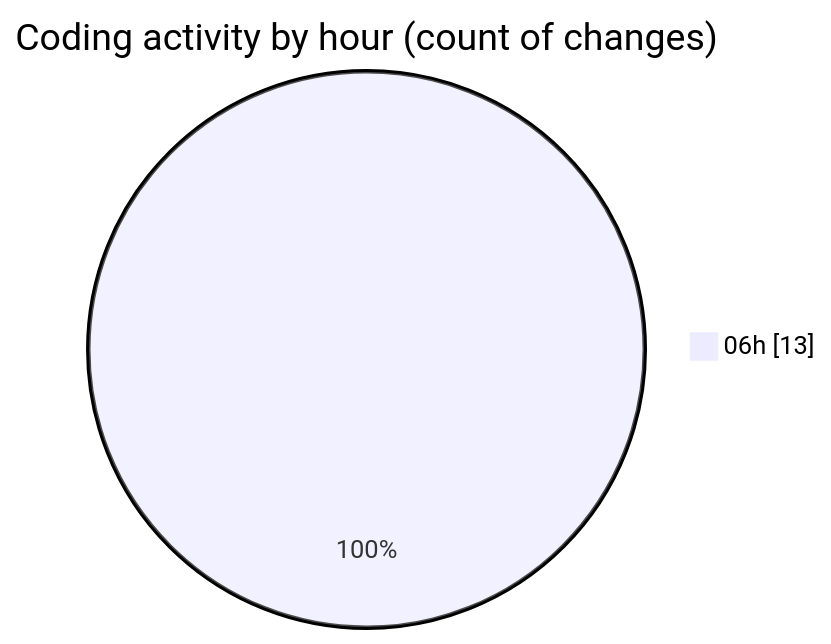
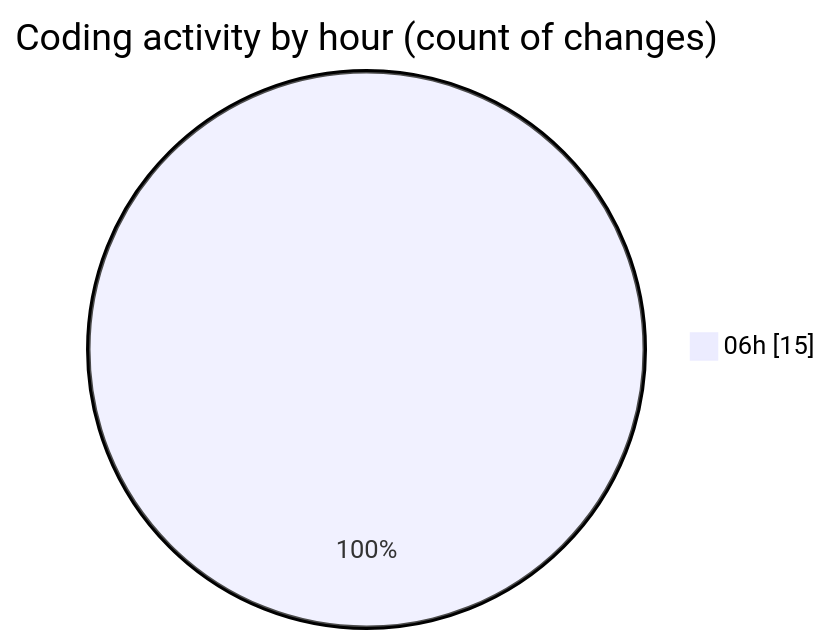
Before and after one commit to FelipKnott/code-tracking: the second of 2 diagrams in 2025-07-17/projeto_sistema/README.md, drawn with Mermaid. The commit also changed other lines of this file and 1 other file, not shown here.

````diff
--- a/2025-07-17/projeto_sistema/README.md
+++ b/2025-07-17/projeto_sistema/README.md
@@ -33,5 +34,5 @@
 ```mermaid
 pie showData
 title Coding activity by hour (count of changes)
-"06h" : 13
+"06h" : 15
 ```
````
